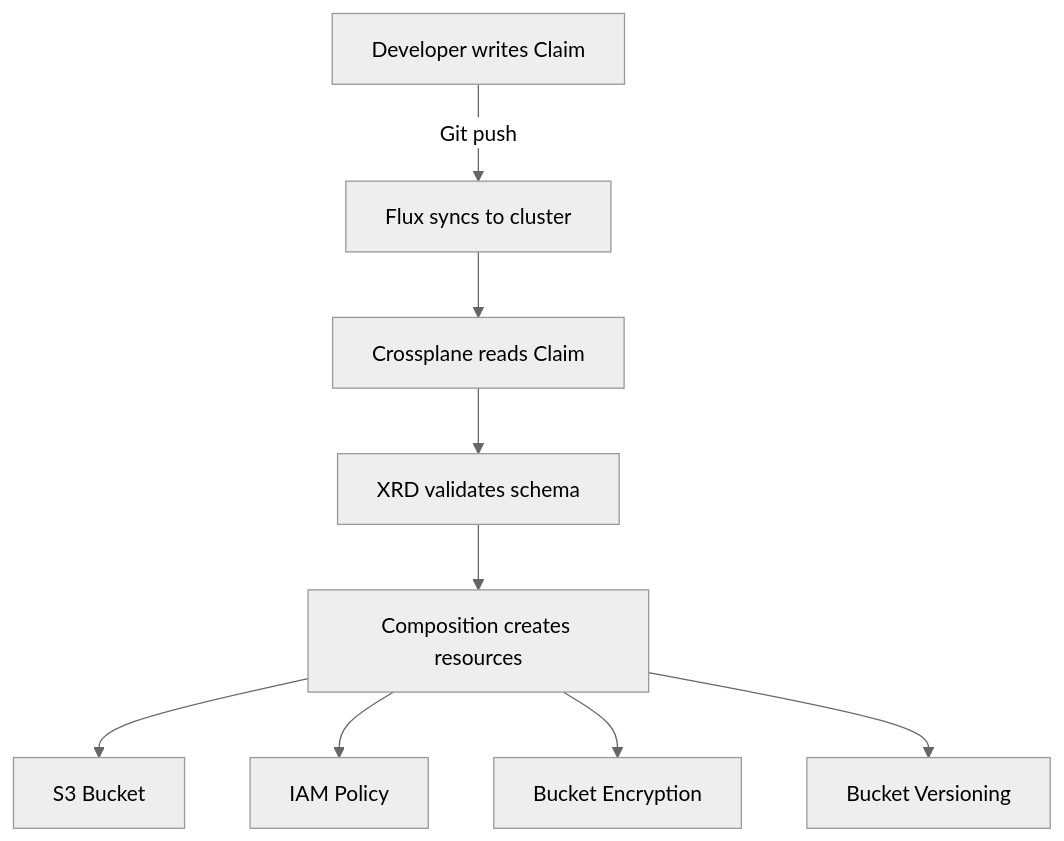
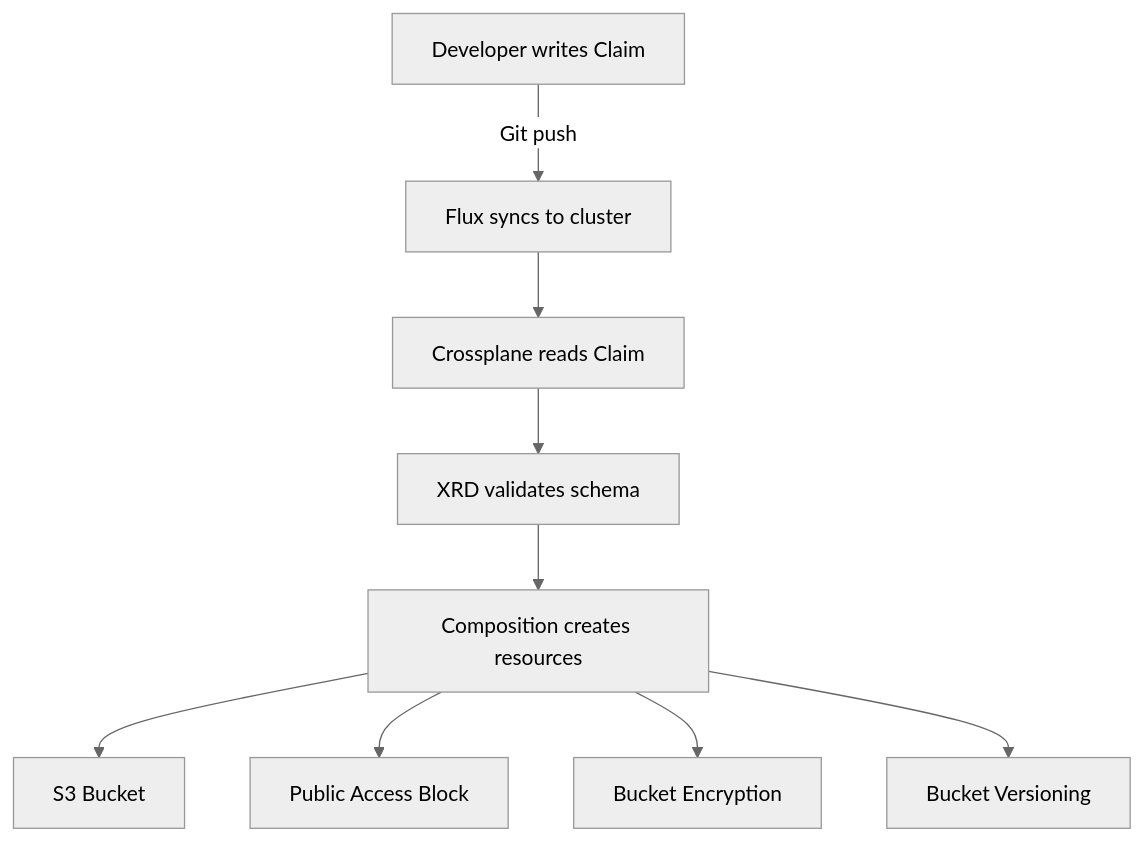
Before and after one commit to OneUptime/blog: the diagram in posts/2026-03-06-deploy-crossplane-compositions-flux-cd/README.md, drawn with Mermaid (neutral theme). The commit also changed other lines of this file and 2 other files, not shown here.

````diff
--- a/posts/2026-03-06-deploy-crossplane-compositions-flux-cd/README.md
+++ b/posts/2026-03-06-deploy-crossplane-compositions-flux-cd/README.md
@@ -26,11 +26,11 @@
 ```mermaid
 graph TD
     A[Developer writes Claim] -->|Git push| B[Flux syncs to cluster]
     B --> C[Crossplane reads Claim]
     C --> D[XRD validates schema]
     D --> E[Composition creates resources]
     E --> F[S3 Bucket]
-    E --> G[IAM Policy]
+    E --> G[Public Access Block]
     E --> H[Bucket Encryption]
     E --> I[Bucket Versioning]
 ```
````
